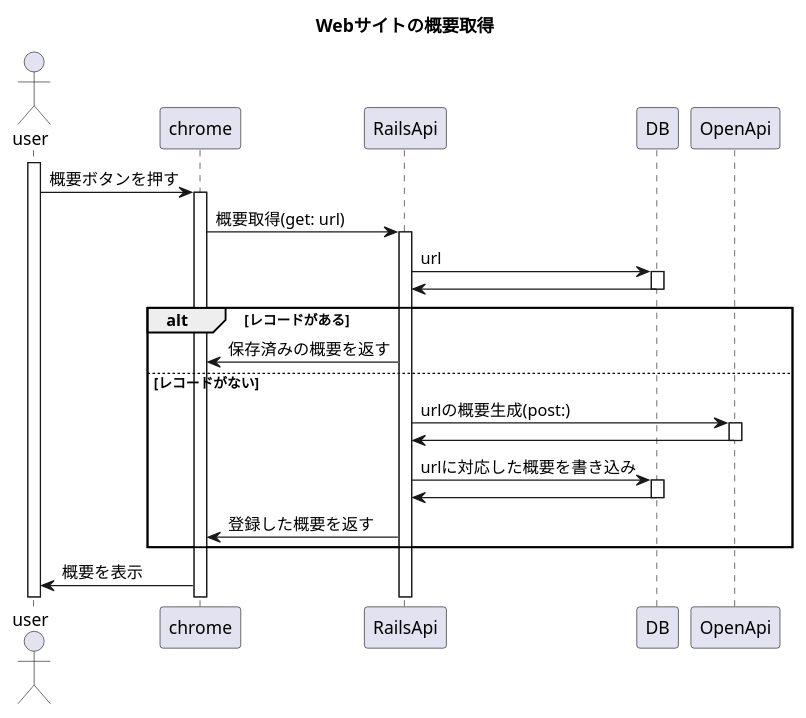
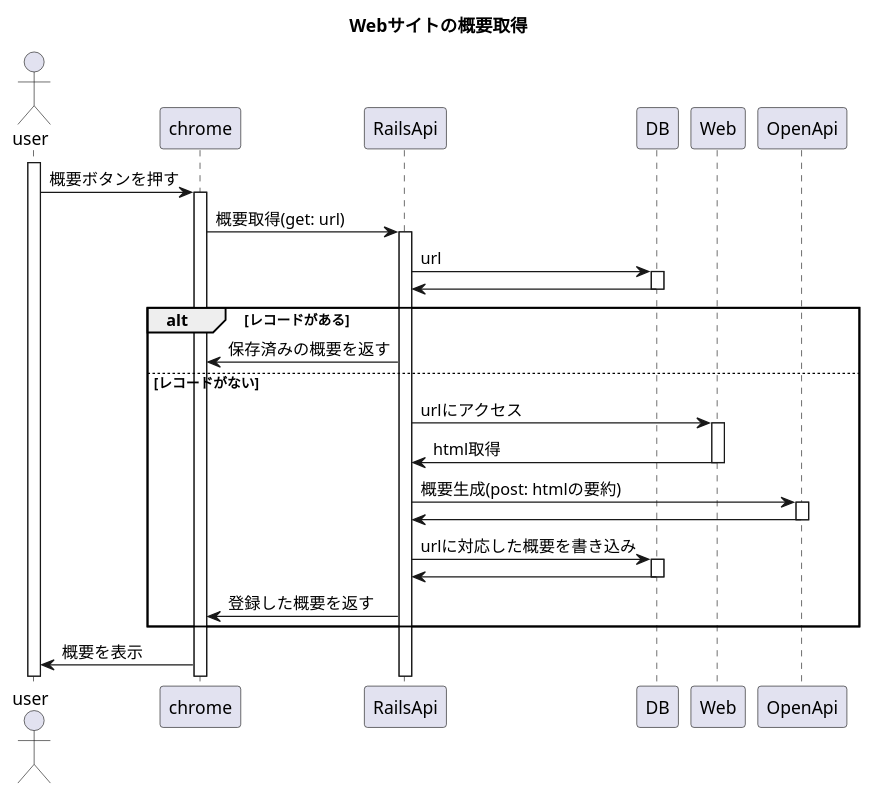
One commit to ry-sugimoto/website_desc changed the diagram in doc/シーケンス図.md. Above: the diagram before and after it, drawn with PlantUML. The commit also changed 3 other files, not shown here.

````diff
--- a/doc/シーケンス図.md
+++ b/doc/シーケンス図.md
@@ -3,36 +3,41 @@
 ```plantuml
 @startuml
 title Webサイトの概要取得
 
 actor user
 Participant chrome as chrome
 Participant RailsApi as server
 Participant DB as db
+Participant Web as web
 Participant OpenApi as openapi
 
 activate user
 user -> chrome : 概要ボタンを押す
 activate chrome
 chrome -> server : 概要取得(get: url)
 activate server
 server -> db : url
 activate db
 db -> server
 deactivate db
 alt レコードがある
 server -> chrome : 保存済みの概要を返す
 else レコードがない
-server -> openapi : urlの概要生成(post:)
+server -> web : urlにアクセス
+activate web
+web -> server : html取得
+deactivate web
+server -> openapi : 概要生成(post: htmlの要約)
 activate openapi
   openapi -> server
 deactivate openapi
 server -> db : urlに対応した概要を書き込み
 activate db
 db -> server
 deactivate db
 server -> chrome : 登録した概要を返す
 end
 chrome -> user : 概要を表示
 
 @enduml
 ```
````
